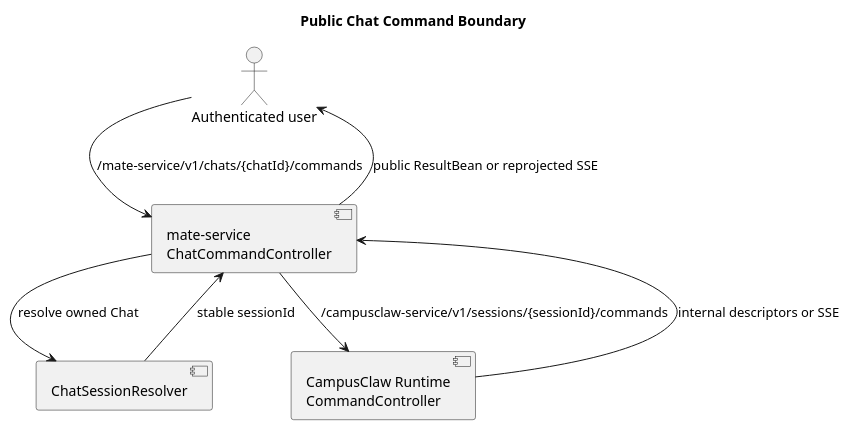
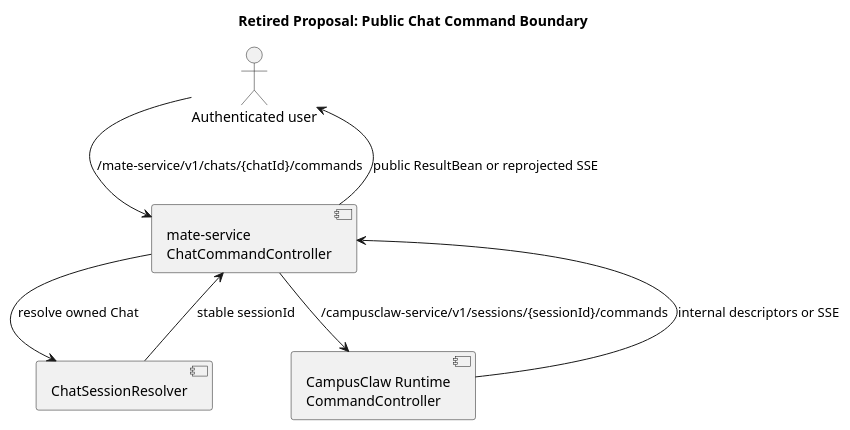
One commit to ssm0808/pi-mono-java-design changed the first of 2 diagrams in 02-服务与接口/06-mate-service聊天命令API/设计图/diagram.puml. Above: the diagram before and after it, drawn with PlantUML. The commit also changed other lines of this file and 47 other files, not shown here.

```diff
--- a/02-服务与接口/06-mate-service聊天命令API/设计图/diagram.puml
+++ b/02-服务与接口/06-mate-service聊天命令API/设计图/diagram.puml
@@ -1,21 +1,21 @@
 @startuml public_command_boundary
-title Public Chat Command Boundary
+title Retired Proposal: Public Chat Command Boundary
 skinparam shadowing false
 
 ' Source evidence: mate-service@956b547f src/main/java/com/huawei/hicampus/mate/agentdefinition/controller/AgentDefinitionController.java:39-67
 ' Source evidence: pi-mono-java@c1311f69 Runtime controllers expose only /campusclaw-service/v1 Session operations.
 ' Observed behavior: the public Chat command bridge does not exist in the reviewed source.
-' Target-only design: mate-service resolves Chat ownership and calls structured Runtime command APIs.
+' Retired target-only design (not an implementation contract): mate-service resolves Chat ownership and calls structured Runtime command APIs.
 
 actor "Authenticated user" as User
 component "mate-service\nChatCommandController" as Mate
 component "ChatSessionResolver" as Resolver
 component "CampusClaw Runtime\nCommandController" as Runtime
 
 User -> Mate : /mate-service/v1/chats/{chatId}/commands
 Mate -> Resolver : resolve owned Chat
 Resolver --> Mate : stable sessionId
 Mate -> Runtime : /campusclaw-service/v1/sessions/{sessionId}/commands
 Runtime --> Mate : internal descriptors or SSE
 Mate --> User : public ResultBean or reprojected SSE
 @enduml
```
